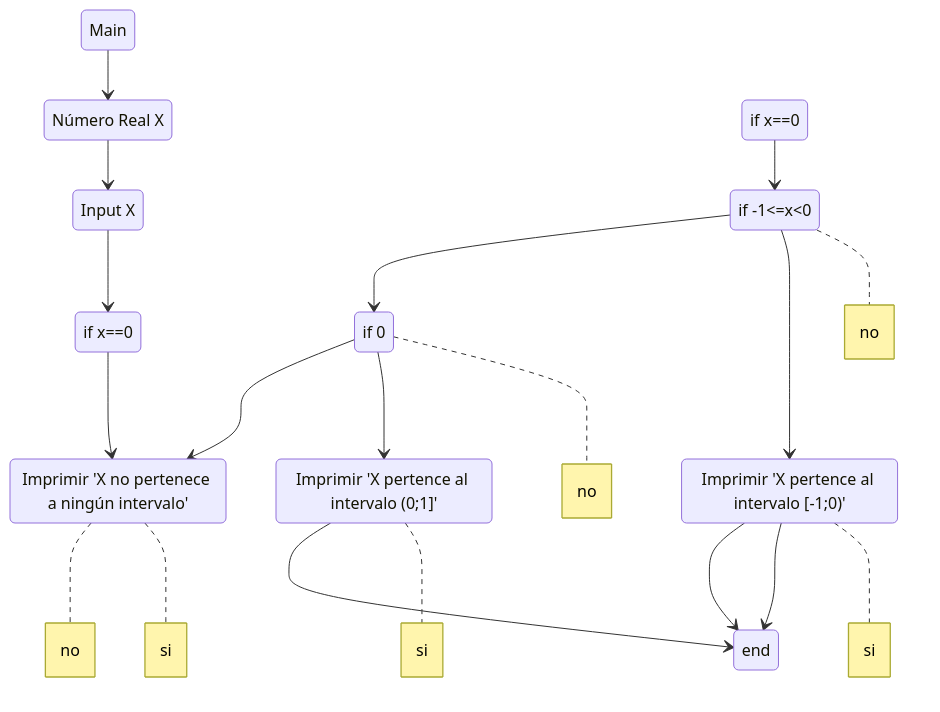
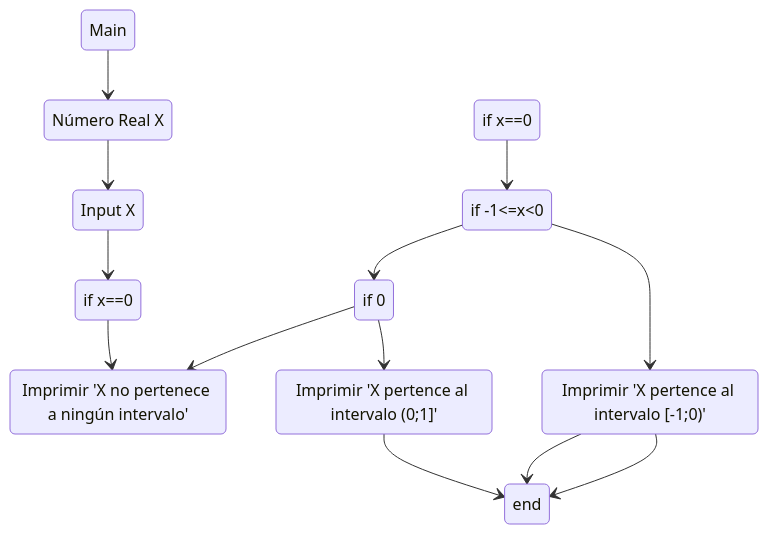
The diagram in Ejercicios/2.md (ValentinJM/TP-8), drawn with Mermaid before and after one commit.

````diff
--- a/Ejercicios/2.md
+++ b/Ejercicios/2.md
@@ -3,30 +3,24 @@
 ```mermaid
 stateDiagram-v2
 state "Número Real X" as A
 state "Input X" as B
 state "if x==0" as C
 state "Imprimir 'X no pertenece a ningún intervalo'" as D
 state "if x==0" as E
 state "if -1<=x<0" as F
 state "Imprimir 'X pertence al intervalo [-1;0)'" as G
 state "if 0<x<=1" as H
 state "Imprimir 'X pertence al intervalo (0;1]'" as I
     Main --> A
     A --> B
     B --> C
     C --> D
-    Note right of D: si
     E --> F
-    Note right of F: no
     F --> G
-    Note right of G: si
     G --> end
     F --> H
-    Note right of H: no
    H --> I
-    Note right of I: si
     I--> end
     H --> D
-    Note right of D: no
     G --> end
 ```
````
